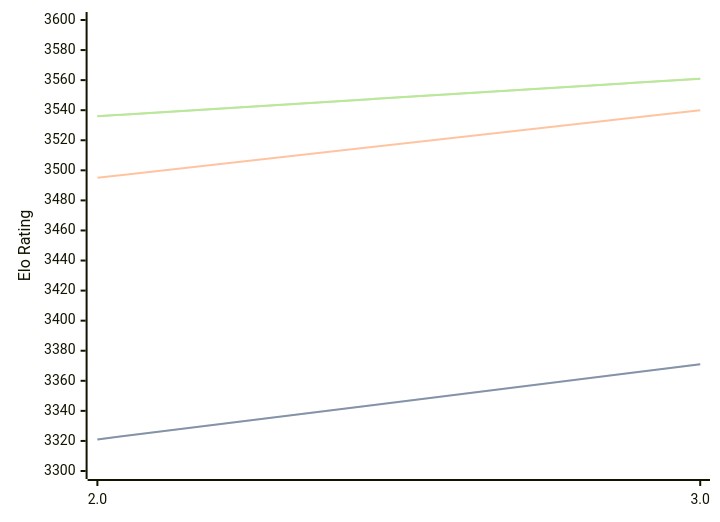
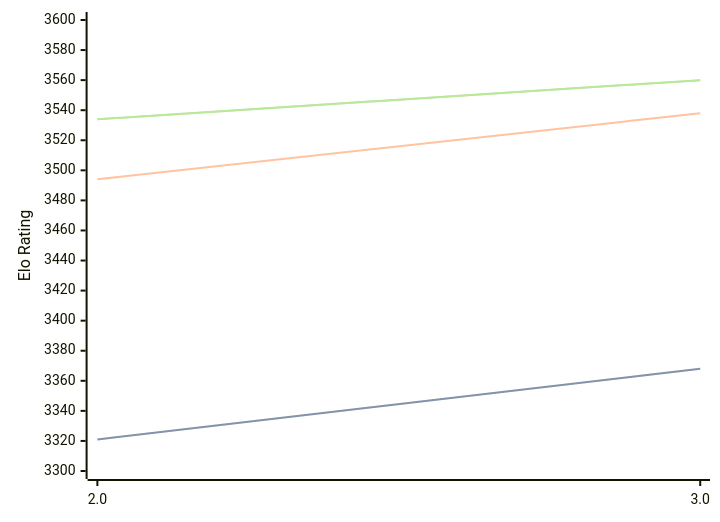
One commit to computer-chess-index/cci changed the diagram in engines/Quanticade.md. Above: the diagram before and after it, drawn with Mermaid. The commit also changed other lines of this file, not shown here.

Commit message:
Update CCI Ratings (ELO VLTC) - 2026-03-23

````diff
--- a/engines/Quanticade.md
+++ b/engines/Quanticade.md
@@ -41,11 +41,11 @@
 ```mermaid
 %%{init: {"theme":"base","themeVariables":{"seriesColors:['#a3a3a3','#222221','#faa371']}}}%%
 xychart-beta
   x-axis ["2.0", "3.0"]
   y-axis "Elo Rating" 3300 --> 3600
-  line "STC (8.0+0.08s)" [3321, 3371]
-  line "STC (8.0+0.08s)" [3321, 3371]
-  line "LTC (60.0+0.60s)" [3495, 3540]
-  line "VLTC (2m24s+1.12s)" [3536, 3561]
-  line "VLTC (2m24s+1.12s)" [3536, 3561]
+  line "STC (8.0+0.08s)" [3321, 3368]
+  line "STC (8.0+0.08s)" [3321, 3368]
+  line "LTC (60.0+0.60s)" [3494, 3538]
+  line "VLTC (2m24s+1.12s)" [3534, 3560]
+  line "VLTC (2m24s+1.12s)" [3534, 3560]
 ```
````
